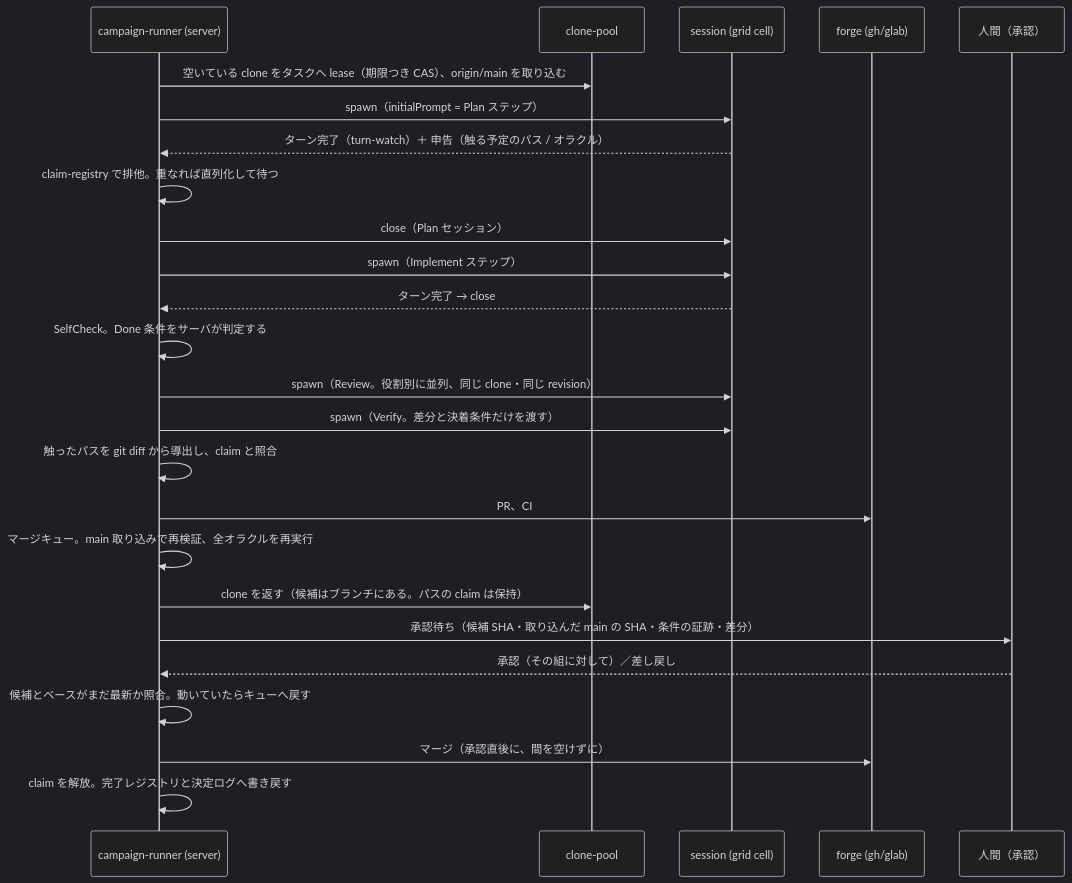
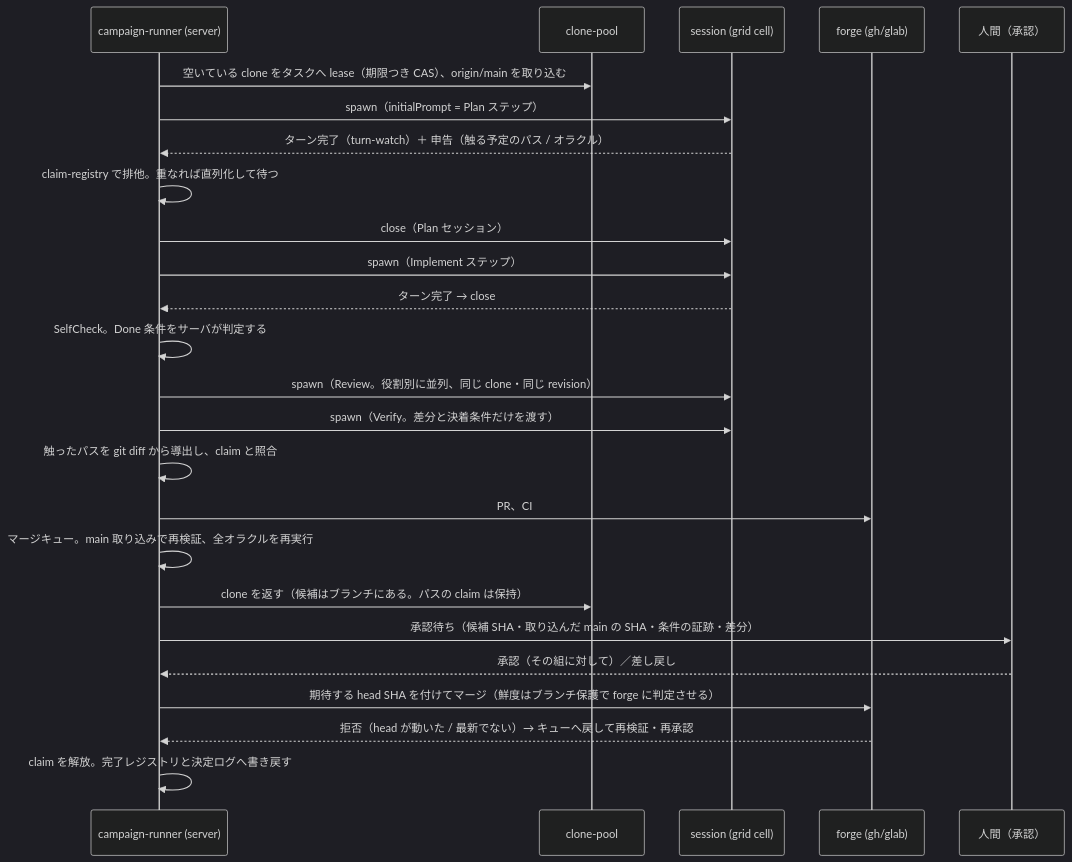
One commit to highfar-projects/mulmoterminal changed the diagram in future/grid-campaign-mode.md. Above: the diagram before and after it, drawn with Mermaid (dark theme). The commit also changed other lines of this file and 1 other file, not shown here.

First line of the commit message:
fix: address Codex review iter-16 — 最後の照合が forge の呼び出しと原子的でない

````diff
--- a/future/grid-campaign-mode.md
+++ b/future/grid-campaign-mode.md
@@ -265,27 +265,27 @@
 ```mermaid
 sequenceDiagram
     participant O as campaign-runner (server)
     participant C as clone-pool
     participant S as session (grid cell)
     participant G as forge (gh/glab)
     participant H as 人間（承認）
     O->>C: 空いている clone をタスクへ lease（期限つき CAS）、origin/main を取り込む
     O->>S: spawn（initialPrompt = Plan ステップ）
     S-->>O: ターン完了（turn-watch）＋ 申告（触る予定のパス / オラクル）
     O->>O: claim-registry で排他。重なれば直列化して待つ
     O->>S: close（Plan セッション）
     O->>S: spawn（Implement ステップ）
     S-->>O: ターン完了 → close
     O->>O: SelfCheck。Done 条件をサーバが判定する
     O->>S: spawn（Review。役割別に並列、同じ clone・同じ revision）
     O->>S: spawn（Verify。差分と決着条件だけを渡す）
     O->>O: 触ったパスを git diff から導出し、claim と照合
     O->>G: PR、CI
     O->>O: マージキュー。main 取り込みで再検証、全オラクルを再実行
     O->>C: clone を返す（候補はブランチにある。パスの claim は保持）
     O->>H: 承認待ち（候補 SHA・取り込んだ main の SHA・条件の証跡・差分）
     H-->>O: 承認（その組に対して）／差し戻し
-    O->>O: 候補とベースがまだ最新か照合。動いていたらキューへ戻す
-    O->>G: マージ（承認直後に、間を空けずに）
+    O->>G: 期待する head SHA を付けてマージ（鮮度はブランチ保護で forge に判定させる）
+    G-->>O: 拒否（head が動いた / 最新でない）→ キューへ戻して再検証・再承認
     O->>O: claim を解放。完了レジストリと決定ログへ書き戻す
 ```
````
